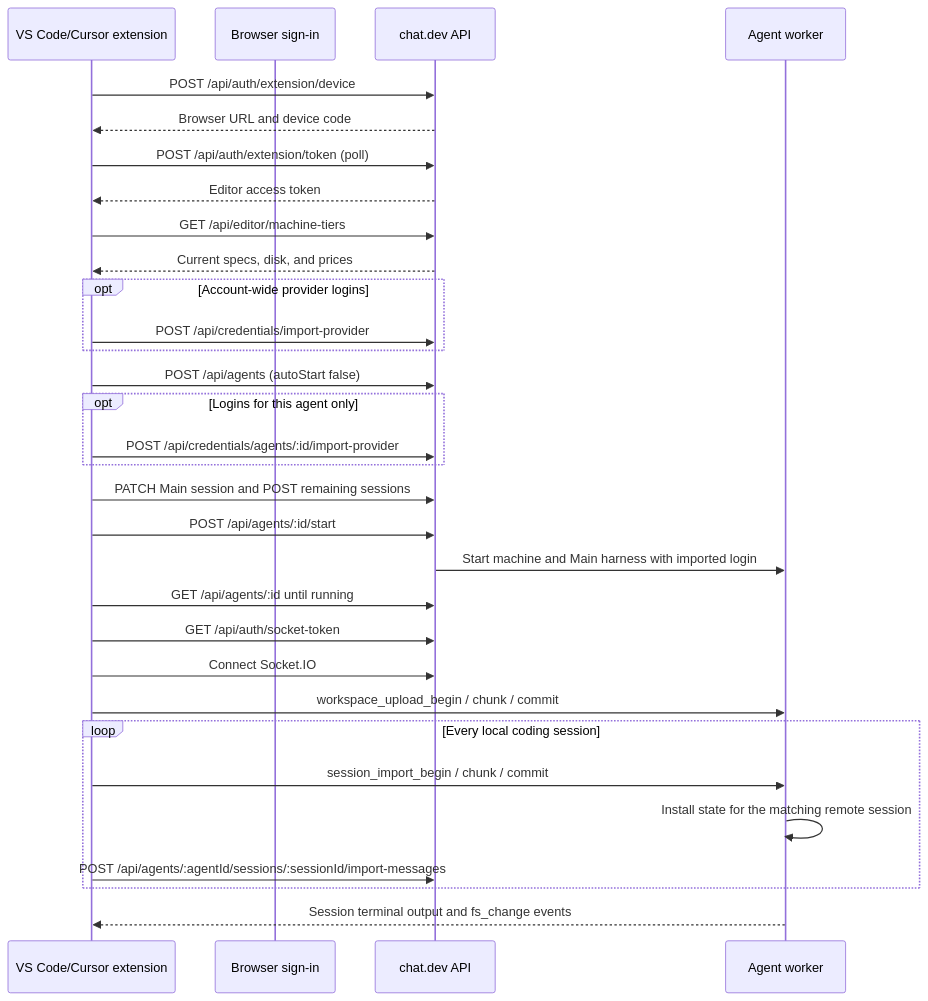
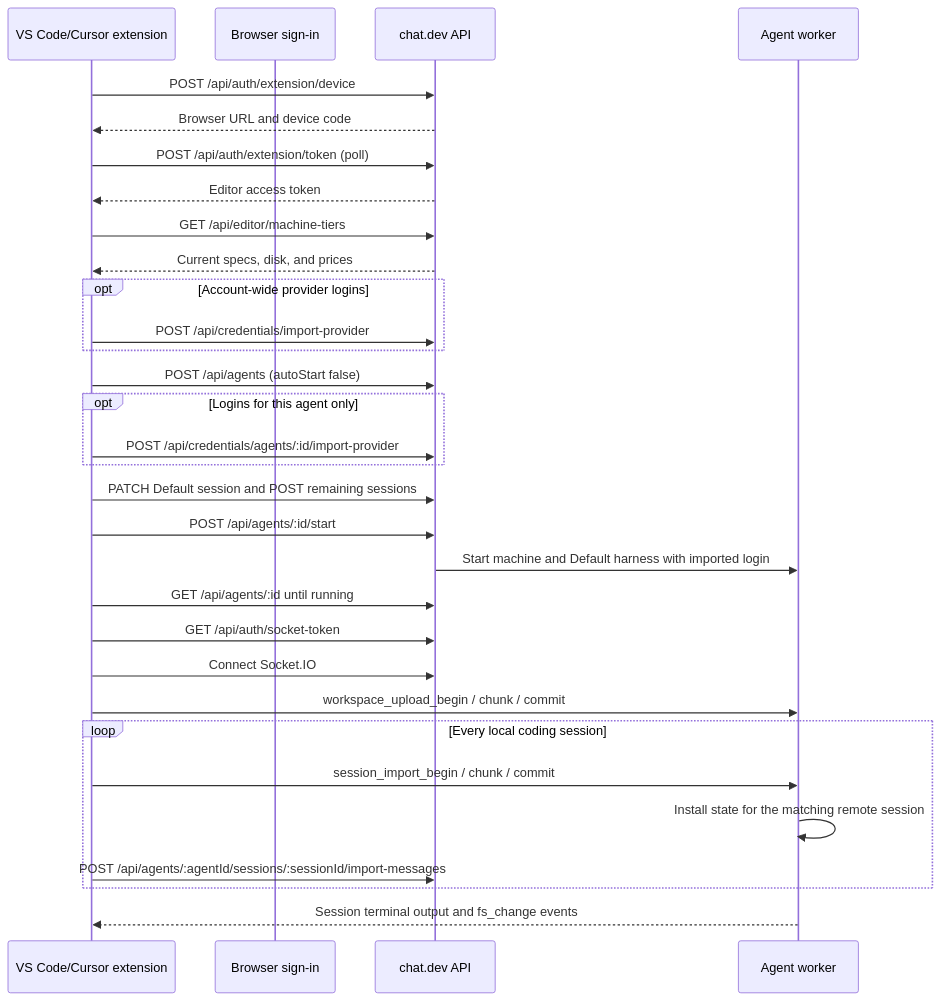
The diagram in docs/CHATDEV_API_SPEC.md (mmirman/chatdev-vscode), drawn with Mermaid before and after one commit. The commit also changed other lines of this file and 14 other files, not shown here.

Commit message:
Use Default sessions across editor handoffs

````diff
--- a/docs/CHATDEV_API_SPEC.md
+++ b/docs/CHATDEV_API_SPEC.md
@@ -30,39 +30,39 @@
 ```mermaid
 sequenceDiagram
     participant E as VS Code/Cursor extension
     participant B as Browser sign-in
     participant A as chat.dev API
     participant W as Agent worker
 
     E->>A: POST /api/auth/extension/device
     A-->>E: Browser URL and device code
     E->>A: POST /api/auth/extension/token (poll)
     A-->>E: Editor access token
 
     E->>A: GET /api/editor/machine-tiers
     A-->>E: Current specs, disk, and prices
 
     opt Account-wide provider logins
         E->>A: POST /api/credentials/import-provider
     end
 
     E->>A: POST /api/agents (autoStart false)
     opt Logins for this agent only
         E->>A: POST /api/credentials/agents/:id/import-provider
     end
-    E->>A: PATCH Main session and POST remaining sessions
+    E->>A: PATCH Default session and POST remaining sessions
     E->>A: POST /api/agents/:id/start
-    A->>W: Start machine and Main harness with imported login
+    A->>W: Start machine and Default harness with imported login
     E->>A: GET /api/agents/:id until running
 
     E->>A: GET /api/auth/socket-token
     E->>A: Connect Socket.IO
 
     E->>W: workspace_upload_begin / chunk / commit
     loop Every local coding session
         E->>W: session_import_begin / chunk / commit
         W->>W: Install state for the matching remote session
         E->>A: POST /api/agents/:agentId/sessions/:sessionId/import-messages
     end
     W-->>E: Session terminal output and fs_change events
 ```
````
